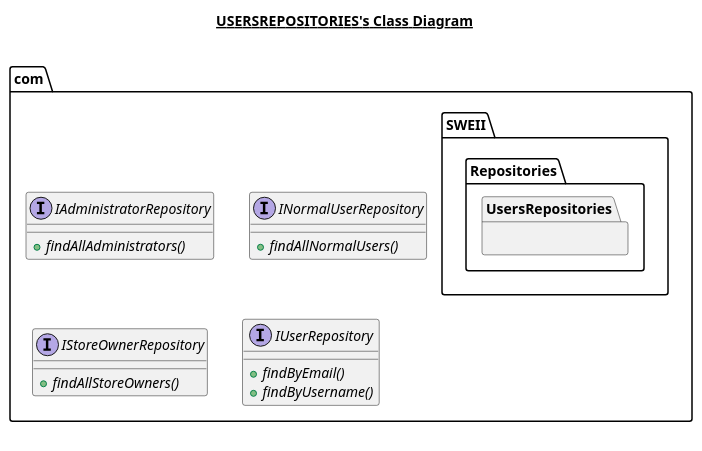
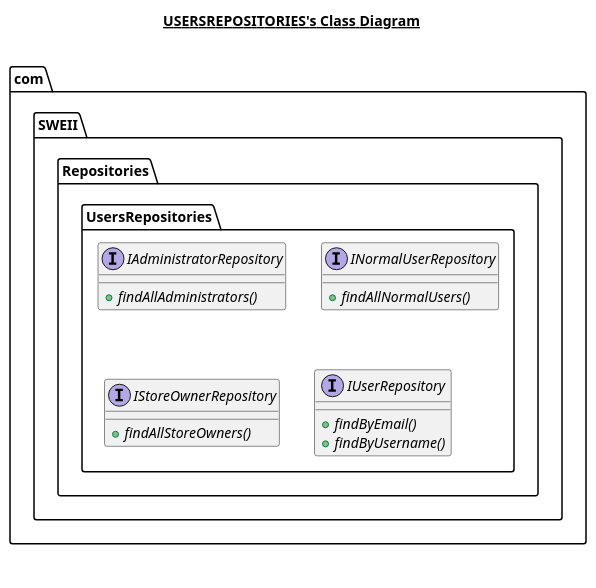
The diagram in src/main/java/com/SWEII/Repositories/UsersRepositories/UsersRepositories.plantuml (mariam-william/Online_Store_Platform), drawn with PlantUML before and after one commit. The commit also changed 15 other files, not shown here.

```diff
--- a/src/main/java/com/SWEII/Repositories/UsersRepositories/UsersRepositories.plantuml
+++ b/src/main/java/com/SWEII/Repositories/UsersRepositories/UsersRepositories.plantuml
@@ -1,48 +1,49 @@
 @startuml
 
 title __USERSREPOSITORIES's Class Diagram__\n
 
   namespace com.SWEII {
     namespace Repositories.UsersRepositories {
-      interface com.IAdministratorRepository {
+      interface com.SWEII.Repositories.UsersRepositories.IAdministratorRepository {
           {abstract} + findAllAdministrators()
       }
     }
   }
   
 
   namespace com.SWEII {
     namespace Repositories.UsersRepositories {
-      interface com.INormalUserRepository {
+      interface com.SWEII.Repositories.UsersRepositories.INormalUserRepository {
           {abstract} + findAllNormalUsers()
       }
     }
   }
   
 
   namespace com.SWEII {
     namespace Repositories.UsersRepositories {
-      interface com.IStoreOwnerRepository {
+      interface com.SWEII.Repositories.UsersRepositories.IStoreOwnerRepository {
           {abstract} + findAllStoreOwners()
       }
     }
   }
   
 
   namespace com.SWEII {
     namespace Repositories.UsersRepositories {
-      interface com.IUserRepository {
+      interface com.SWEII.Repositories.UsersRepositories.IUserRepository {
           {abstract} + findByEmail()
           {abstract} + findByUsername()
       }
     }
   }
   
 
 
 
 right footer
 
+
 endfooter
 
 @enduml
```
